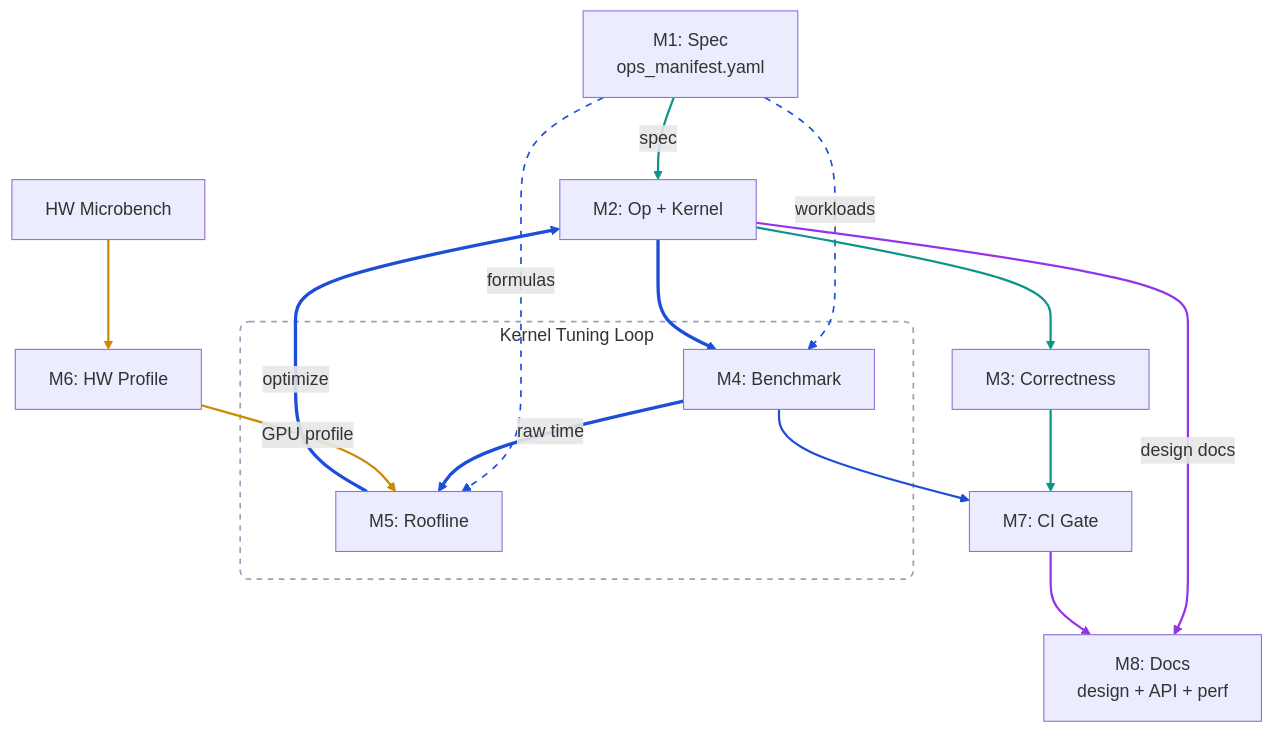
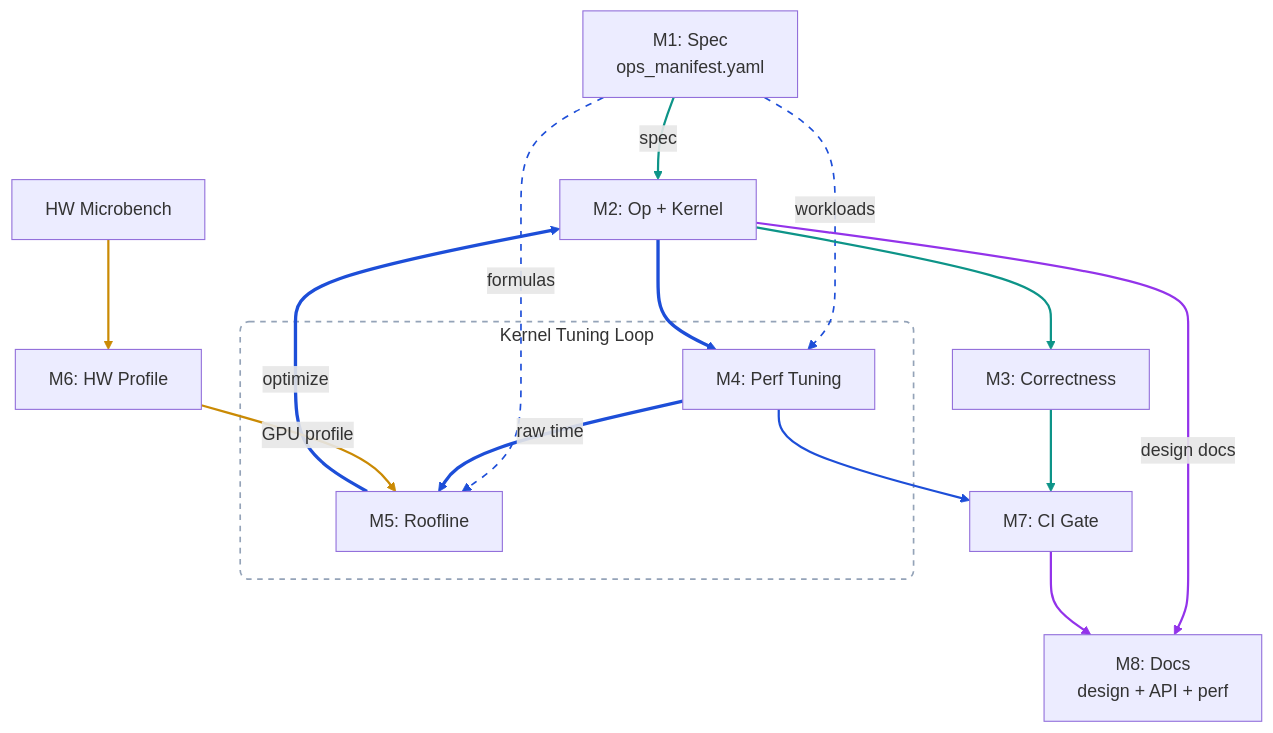
Before and after one commit to tile-ai/TileOPs: the diagram in docs/architecture.md, drawn with Mermaid.

Commit message:
[Doc] Rename M4 label from Benchmark to Perf Tuning

````diff
--- a/docs/architecture.md
+++ b/docs/architecture.md
@@ -13,44 +13,44 @@
 ```mermaid
 graph TD
     M1["M1: Spec<br/>ops_manifest.yaml"]
     M2["M2: Op + Kernel"]
     M3["M3: Correctness"]
     M6["M6: HW Profile"]
     HW["HW Microbench"]
     M7["M7: CI Gate"]
     M8["M8: Docs<br/>design + API + perf"]
 
     subgraph loop ["Kernel Tuning Loop"]
-        M4["M4: Benchmark"]
+        M4["M4: Perf Tuning"]
         M5["M5: Roofline"]
     end
 
     M1 -- "spec" --> M2
     M1 -- "workloads" --> M4
     M1 -- "formulas" --> M5
     M2 --> M3
 
     M2 --> M4
     M4 -- "raw time" --> M5
     M5 -- "optimize" --> M2
 
     HW --> M6
     M6 -- "GPU profile" --> M5
 
     M3 --> M7
     M4 --> M7
 
     M2 -- "design docs" --> M8
     M7 --> M8
 
     style loop fill:none,stroke:#94a3b8,stroke-width:1.5px,stroke-dasharray:5,rx:8,ry:8
 
     linkStyle 0 stroke:#0d9488,stroke-width:2px
     linkStyle 1,2 stroke:#1d4ed8,stroke-width:1.5px,stroke-dasharray:6
     linkStyle 3 stroke:#0d9488,stroke-width:2px
     linkStyle 4,5,6 stroke:#1d4ed8,stroke-width:3px
     linkStyle 7,8 stroke:#ca8a04,stroke-width:2px
     linkStyle 9 stroke:#0d9488,stroke-width:2px
     linkStyle 10 stroke:#1d4ed8,stroke-width:2px
     linkStyle 11,12 stroke:#9333ea,stroke-width:2px
 ```
````
